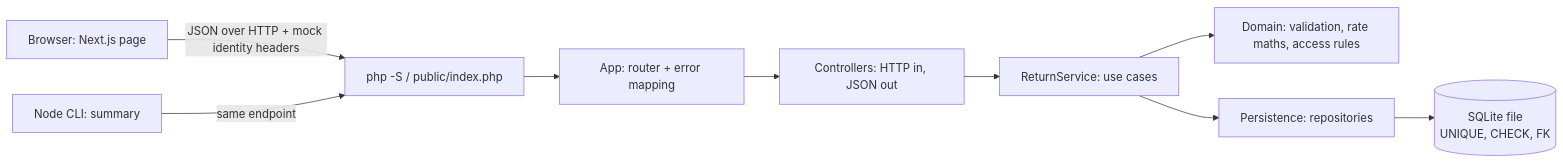
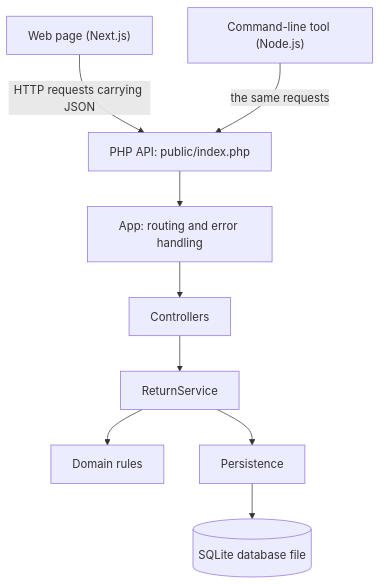
The first of 6 diagrams in docs/backend-rundown.md (Jim247/dealership-project), drawn with Mermaid before and after one commit. The commit also changed other lines of this file and 1 other file, not shown here.

````diff
--- a/docs/backend-rundown.md
+++ b/docs/backend-rundown.md
@@ -21,11 +42,11 @@
 ```mermaid
-flowchart LR
-    B[Browser: Next.js page] -->|JSON over HTTP + mock identity headers| S
-    C[Node CLI: summary] -->|same endpoint| S
-    S[php -S / public/index.php] --> A[App: router + error mapping]
-    A --> CT[Controllers: HTTP in, JSON out]
-    CT --> SV[ReturnService: use cases]
-    SV --> D[Domain: validation, rate maths, access rules]
-    SV --> P[Persistence: repositories]
-    P --> DB[(SQLite file<br/>UNIQUE, CHECK, FK)]
+flowchart TB
+    B["Web page (Next.js)"] -->|"HTTP requests carrying JSON"| S
+    C["Command-line tool (Node.js)"] -->|"the same requests"| S
+    S["PHP API: public/index.php"] --> A["App: routing and error handling"]
+    A --> CT["Controllers"]
+    CT --> SV["ReturnService"]
+    SV --> D["Domain rules"]
+    SV --> P["Persistence"]
+    P --> DB[("SQLite database file")]
 ```
````
